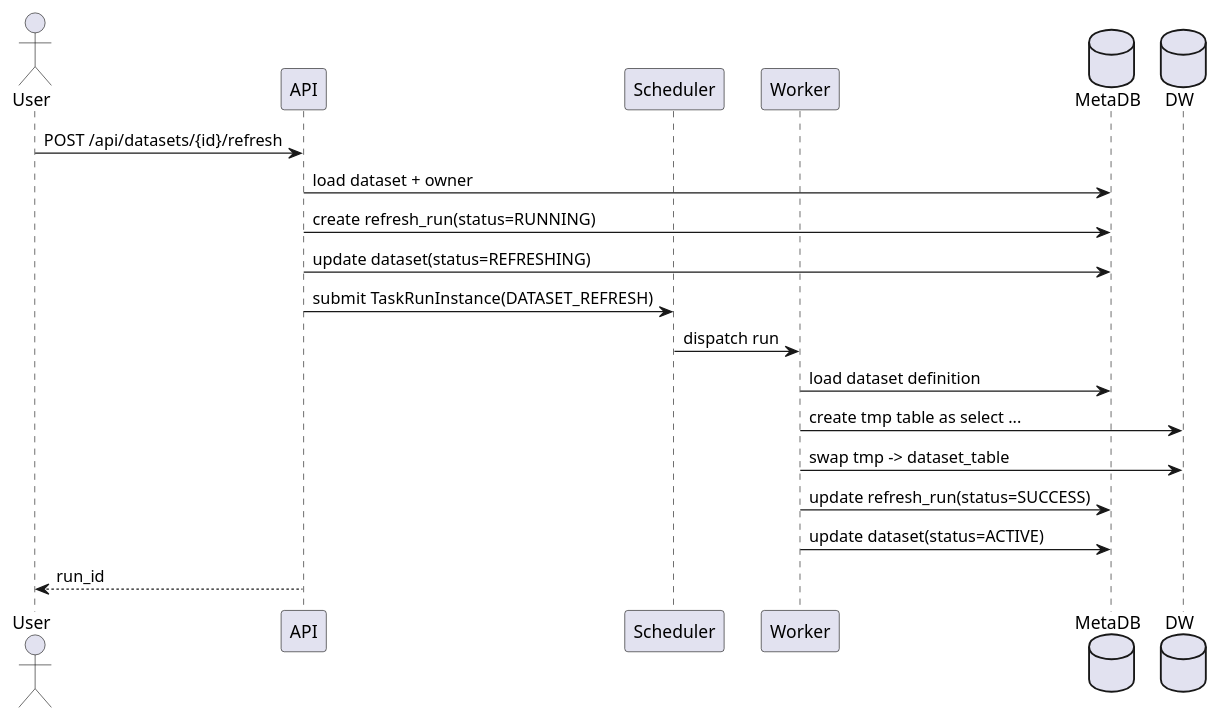
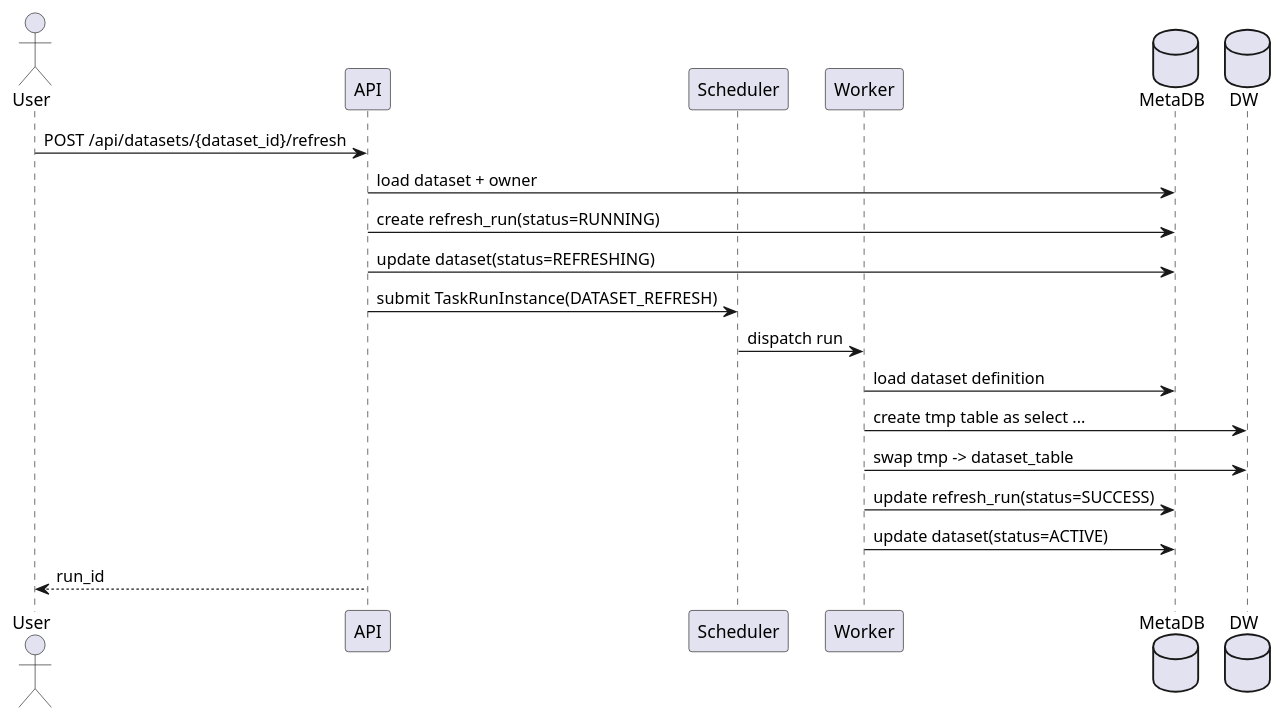
Before and after one commit to FangZiyong/grass: diagram 25 of 29 in docs/tech.md, drawn with PlantUML. The commit also changed other lines of this file and 2 other files, not shown here.

````diff
--- a/docs/tech.md
+++ b/docs/tech.md
@@ -5763,25 +5785,25 @@
 ```plantuml
 @startuml
 actor User
 participant "API" as API
 participant "Scheduler" as SCH
 participant "Worker" as WK
 database "MetaDB" as MDB
 database "DW" as DW
 
-User -> API: POST /api/datasets/{id}/refresh
+User -> API: POST /api/datasets/{dataset_id}/refresh
 API -> MDB: load dataset + owner
 API -> MDB: create refresh_run(status=RUNNING)
 API -> MDB: update dataset(status=REFRESHING)
 
 API -> SCH: submit TaskRunInstance(DATASET_REFRESH)
 SCH -> WK: dispatch run
 WK -> MDB: load dataset definition
 WK -> DW: create tmp table as select ...
 WK -> DW: swap tmp -> dataset_table
 WK -> MDB: update refresh_run(status=SUCCESS)
 WK -> MDB: update dataset(status=ACTIVE)
 
 API --> User: run_id
 @enduml
 ```
````
